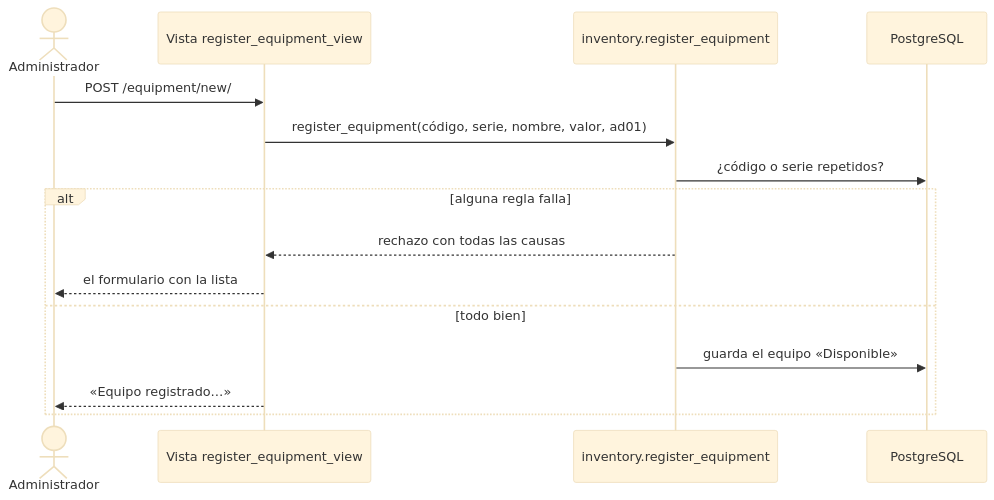
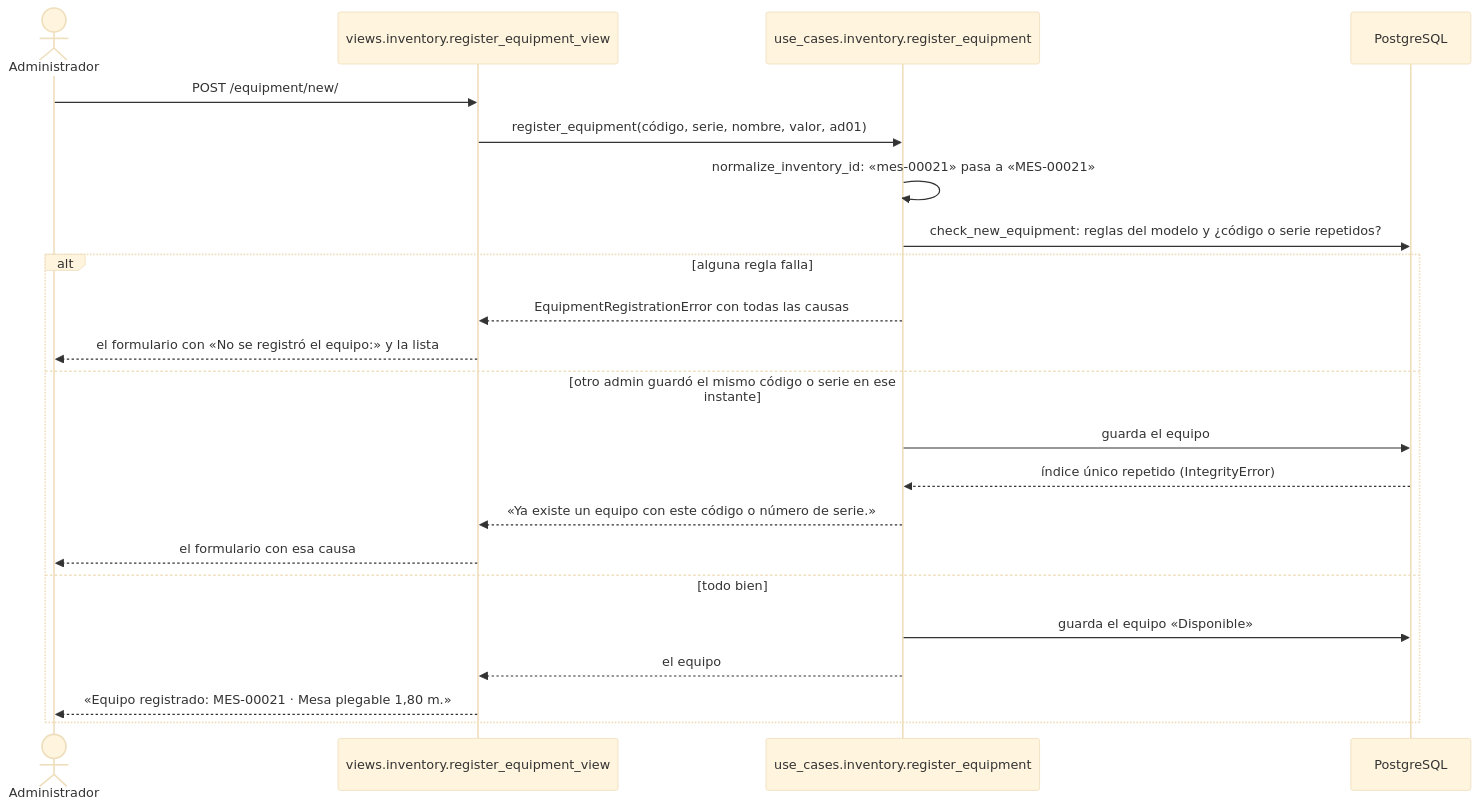
Before and after one commit to peterteranb/astra-rent-system: diagram 13 of 17 in docs/casos-de-uso.md, drawn with Mermaid (base theme). The commit also changed other lines of this file and 12 other files, not shown here.

Commit message:
docs: final docs index, decisions and checked sequence diagrams

````diff
--- a/docs/casos-de-uso.md
+++ b/docs/casos-de-uso.md
@@ -517,17 +634,24 @@
 ```mermaid
 sequenceDiagram
     actor A as Administrador
-    participant V as Vista register_equipment_view
-    participant U as inventory.register_equipment
+    participant V as views.inventory.register_equipment_view
+    participant U as use_cases.inventory.register_equipment
     participant BD as PostgreSQL
     A->>V: POST /equipment/new/
     V->>U: register_equipment(código, serie, nombre, valor, ad01)
-    U->>BD: ¿código o serie repetidos?
+    U->>U: normalize_inventory_id: «mes-00021» pasa a «MES-00021»
+    U->>BD: check_new_equipment: reglas del modelo y ¿código o serie repetidos?
     alt alguna regla falla
-        U-->>V: rechazo con todas las causas
-        V-->>A: el formulario con la lista
+        U-->>V: EquipmentRegistrationError con todas las causas
+        V-->>A: el formulario con «No se registró el equipo:» y la lista
+    else otro admin guardó el mismo código o serie en ese instante
+        U->>BD: guarda el equipo
+        BD-->>U: índice único repetido (IntegrityError)
+        U-->>V: «Ya existe un equipo con este código o número de serie.»
+        V-->>A: el formulario con esa causa
     else todo bien
         U->>BD: guarda el equipo «Disponible»
-        V-->>A: «Equipo registrado…»
+        U-->>V: el equipo
+        V-->>A: «Equipo registrado: MES-00021 · Mesa plegable 1,80 m.»
     end
 ```
````
